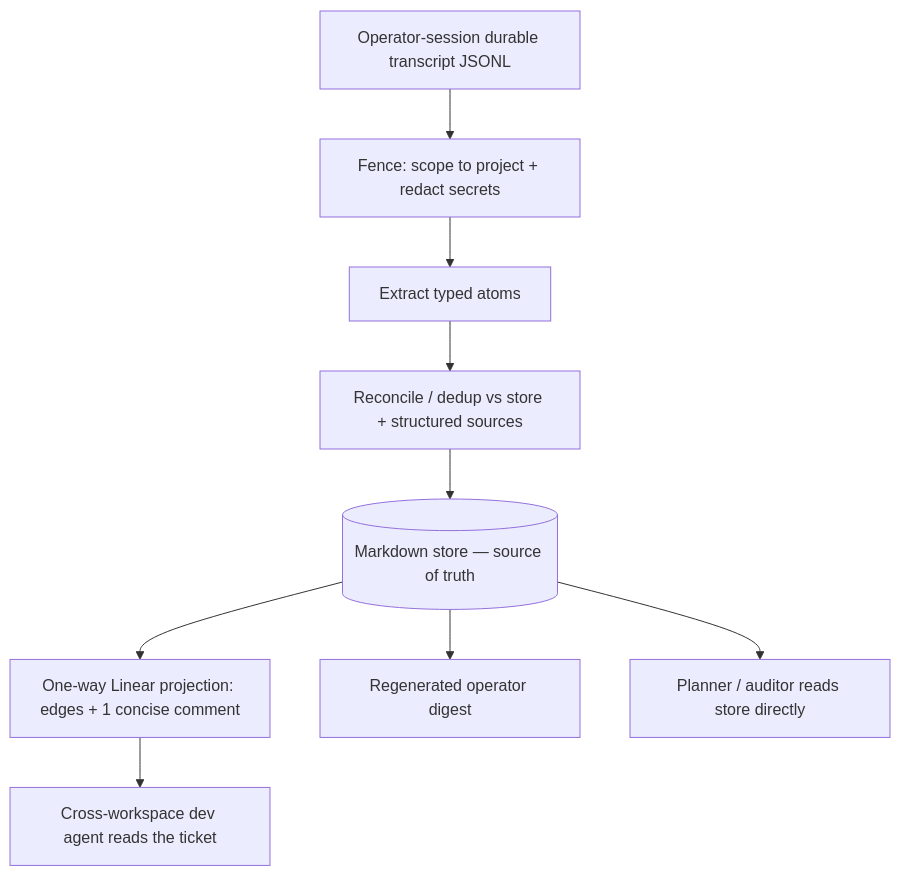
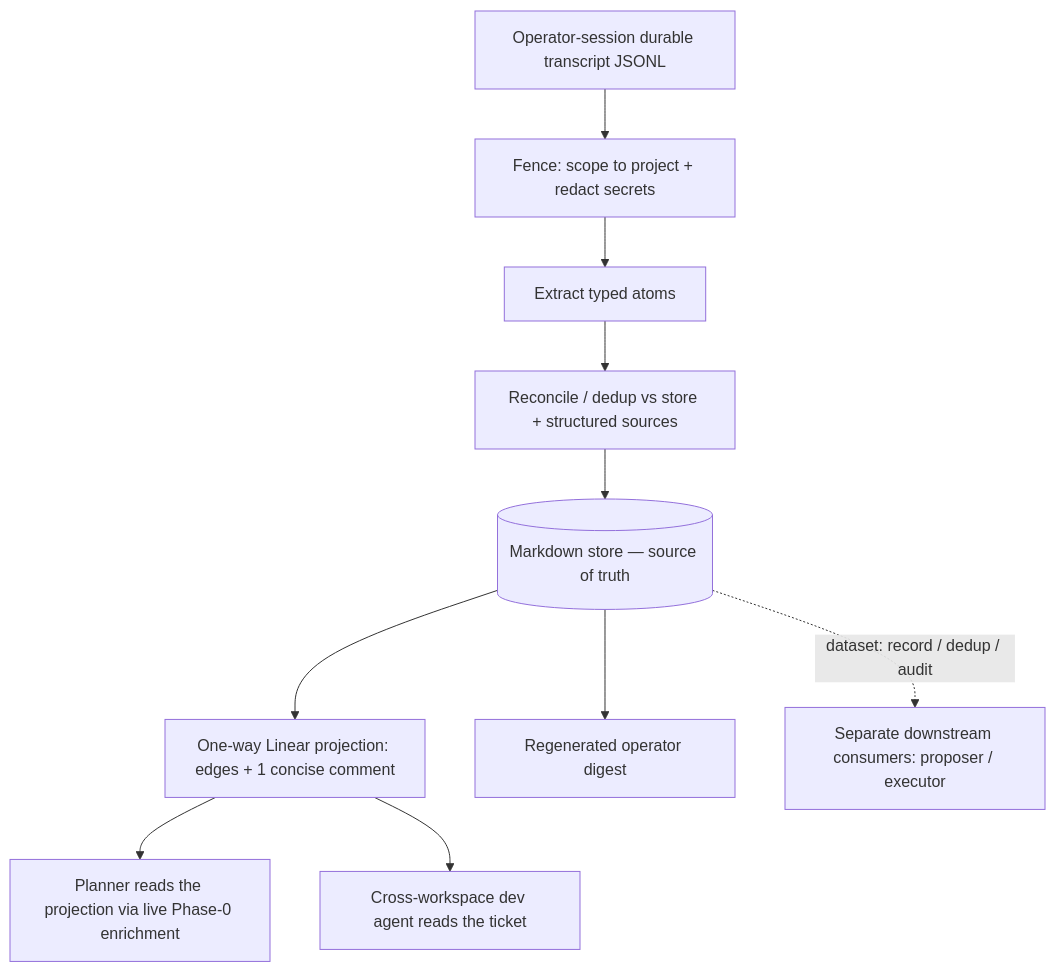
Before and after one commit to mobilyze-llc/symphony-ts: the diagram in docs/plans/2026-06-29-symph-962-closeout-capture-plan.md, drawn with Mermaid. The commit also changed other lines of this file, not shown here.

````diff
--- a/docs/plans/2026-06-29-symph-962-closeout-capture-plan.md
+++ b/docs/plans/2026-06-29-symph-962-closeout-capture-plan.md
@@ -47,11 +47,12 @@
 ```mermaid
 flowchart TB
   T[Operator-session durable transcript JSONL] --> F[Fence: scope to project + redact secrets]
   F --> X[Extract typed atoms]
   X --> R[Reconcile / dedup vs store + structured sources]
   R --> S[(Markdown store — source of truth)]
   S --> L[One-way Linear projection: edges + 1 concise comment]
   S --> D[Regenerated operator digest]
-  S --> P[Planner / auditor reads store directly]
+  S -. dataset: record / dedup / audit .-> Z[Separate downstream consumers: proposer / executor]
+  L --> P[Planner reads the projection via live Phase-0 enrichment]
   L --> V[Cross-workspace dev agent reads the ticket]
 ```
````
